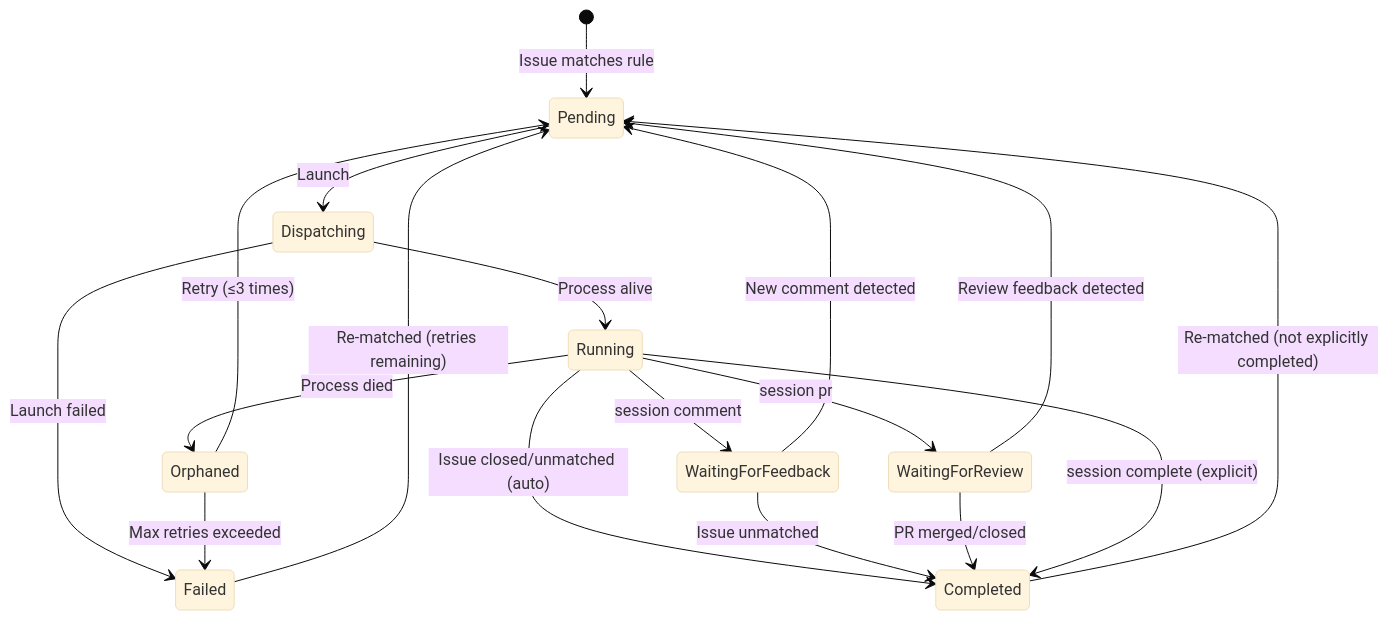
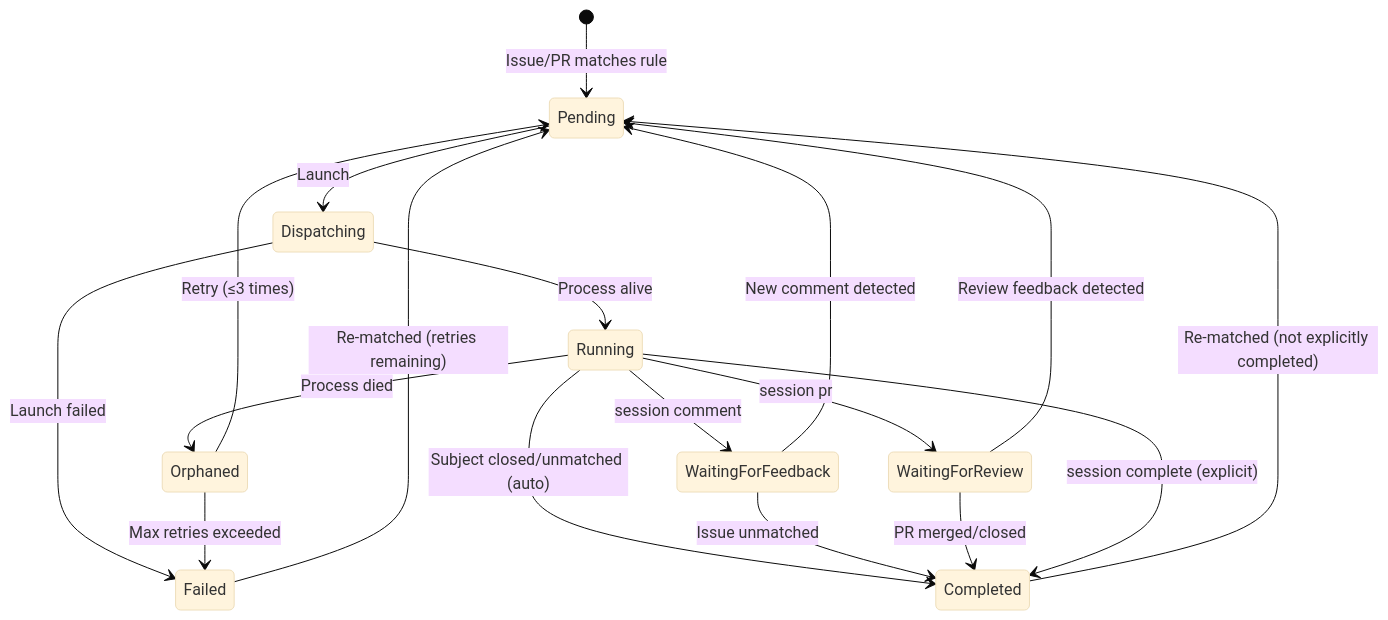
One commit to kzu/copilotd changed the diagram in README.md. Above: the diagram before and after it, drawn with Mermaid (base theme). The commit also changed other lines of this file and 13 other files, not shown here.

````diff
--- a/README.md
+++ b/README.md
@@ -211,27 +224,27 @@
 ```mermaid
 stateDiagram-v2
-    [*] --> Pending : Issue matches rule
+    [*] --> Pending : Issue/PR matches rule
 
     Pending --> Dispatching : Launch
     Dispatching --> Running : Process alive
     Dispatching --> Failed : Launch failed
 
     Running --> Orphaned : Process died
-    Running --> Completed : Issue closed/unmatched (auto)
+    Running --> Completed : Subject closed/unmatched (auto)
     Running --> WaitingForFeedback : session comment
     Running --> WaitingForReview : session pr
 
     Orphaned --> Pending : Retry (≤3 times)
     Orphaned --> Failed : Max retries exceeded
 
     WaitingForFeedback --> Pending : New comment detected
     WaitingForFeedback --> Completed : Issue unmatched
 
     WaitingForReview --> Pending : Review feedback detected
     WaitingForReview --> Completed : PR merged/closed
 
     Completed --> Pending : Re-matched (not explicitly completed)
     Failed --> Pending : Re-matched (retries remaining)
 
     Running --> Completed : session complete (explicit)
 ```
````
